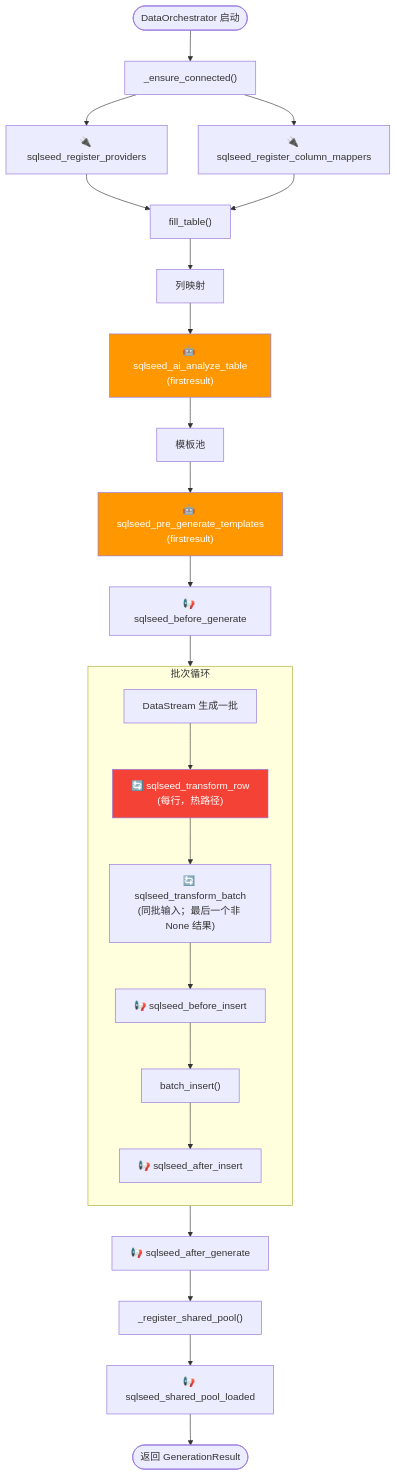
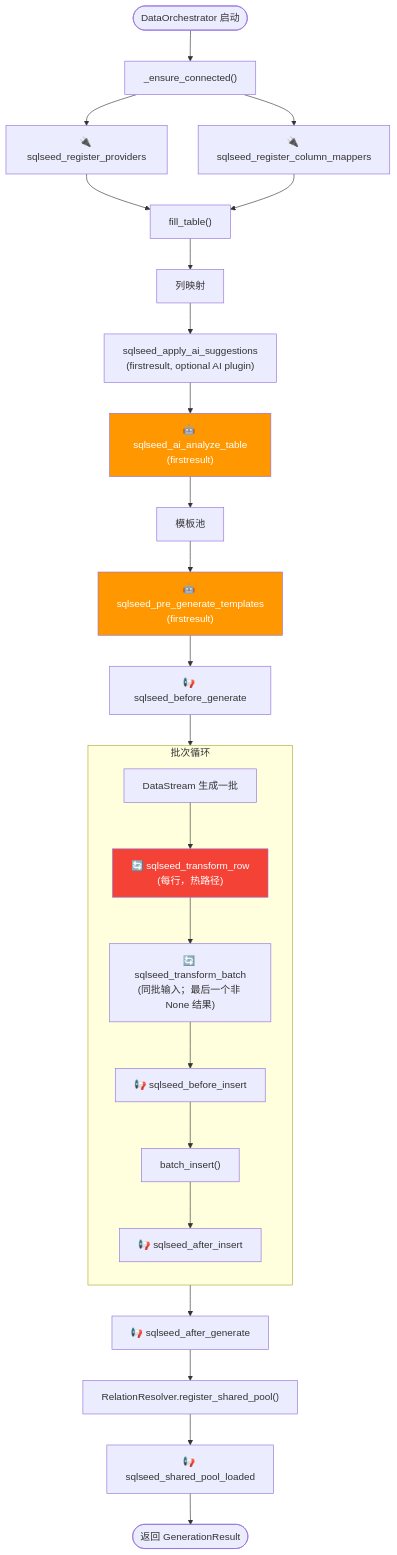
The eighth of 12 diagrams in docs/architecture.zh-CN.md (sunbos/sqlseed), drawn with Mermaid before and after one commit. The commit also changed other lines of this file and 34 other files, not shown here.

````diff
--- a/docs/architecture.zh-CN.md
+++ b/docs/architecture.zh-CN.md
@@ -539,44 +486,45 @@
 ```mermaid
 flowchart TB
     Start(["DataOrchestrator 启动"]) --> Connect
 
     Connect["_ensure_connected()"]
     Connect --> H1["🔌 sqlseed_register_providers"]
     Connect --> H2["🔌 sqlseed_register_column_mappers"]
 
     H1 --> Fill["fill_table()"]
     H2 --> Fill
 
     Fill --> Mapping["列映射"]
-    Mapping --> H3["🤖 sqlseed_ai_analyze_table<br/>(firstresult)"]
+    Mapping --> Mediation["sqlseed_apply_ai_suggestions<br/>(firstresult, optional AI plugin)"]
+    Mediation --> H3["🤖 sqlseed_ai_analyze_table<br/>(firstresult)"]
 
     H3 --> Template["模板池"]
     Template --> H4["🤖 sqlseed_pre_generate_templates<br/>(firstresult)"]
 
     H4 --> H5["📢 sqlseed_before_generate"]
 
     H5 --> BatchLoop
 
     subgraph BatchLoop["批次循环"]
         direction TB
         GenBatch["DataStream 生成一批"]
         H6["🔄 sqlseed_transform_row<br/>(每行，热路径)"]
         H7["🔄 sqlseed_transform_batch<br/>(同批输入；最后一个非 None 结果)"]
         H8["📢 sqlseed_before_insert"]
         Insert["batch_insert()"]
         H9["📢 sqlseed_after_insert"]
 
         GenBatch --> H6 --> H7 --> H8 --> Insert --> H9
     end
 
     BatchLoop --> H10["📢 sqlseed_after_generate"]
 
-    H10 --> RegisterPool["_register_shared_pool()"]
+    H10 --> RegisterPool["RelationResolver.register_shared_pool()"]
     RegisterPool --> H11["📢 sqlseed_shared_pool_loaded"]
 
     H11 --> Done(["返回 GenerationResult"])
 
     style H3 fill:#FF9800,color:#fff
     style H4 fill:#FF9800,color:#fff
     style H6 fill:#F44336,color:#fff
 ```
````
